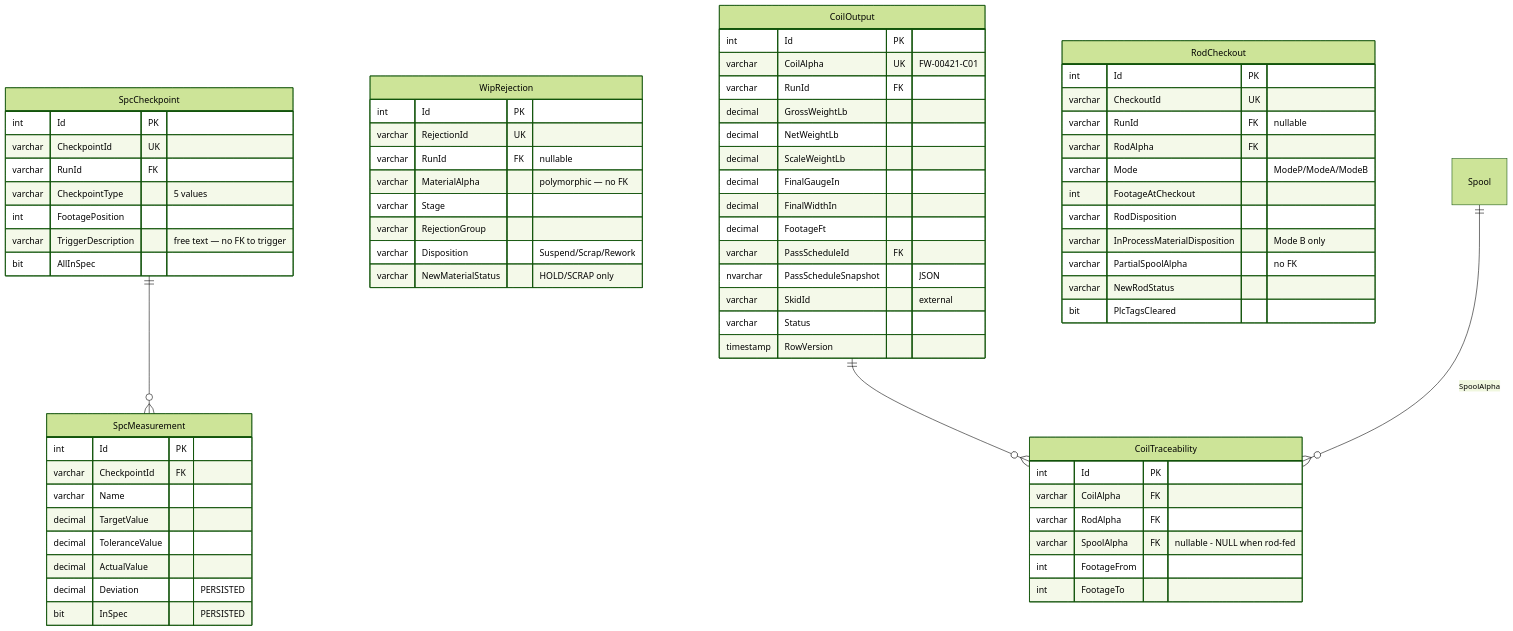
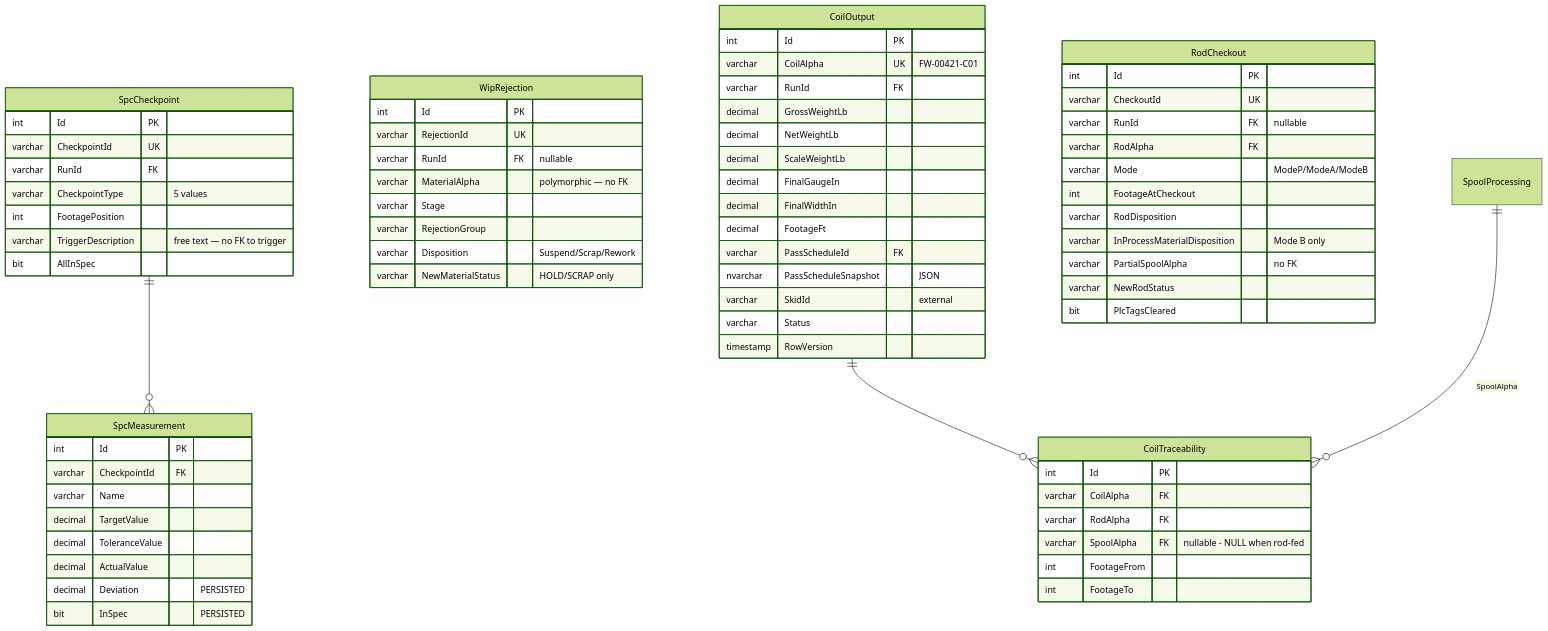
One commit to UnitedAluminum/Flatwire-planning changed the seventh of 7 diagrams in MVP-1/ProjectPlan/Database/DatabaseDesign.md. Above: the diagram before and after it, drawn with Mermaid (forest theme). The commit also changed other lines of this file and 142 other files, not shown here.

````diff
--- a/MVP-1/ProjectPlan/Database/DatabaseDesign.md
+++ b/MVP-1/ProjectPlan/Database/DatabaseDesign.md
@@ -655,61 +914,61 @@
 ```mermaid
 erDiagram
     SpcCheckpoint { int Id PK
         varchar CheckpointId UK
         varchar RunId FK
         varchar CheckpointType "5 values"
         int FootagePosition
         varchar TriggerDescription "free text — no FK to trigger"
         bit AllInSpec }
     SpcMeasurement { int Id PK
         varchar CheckpointId FK
         varchar Name
         decimal TargetValue
         decimal ToleranceValue
         decimal ActualValue
         decimal Deviation "PERSISTED"
         bit InSpec "PERSISTED" }
     WipRejection { int Id PK
         varchar RejectionId UK
         varchar RunId FK "nullable"
         varchar MaterialAlpha "polymorphic — no FK"
         varchar Stage
         varchar RejectionGroup
         varchar Disposition "Suspend/Scrap/Rework"
         varchar NewMaterialStatus "HOLD/SCRAP only" }
     CoilOutput { int Id PK
         varchar CoilAlpha UK "FW-00421-C01"
         varchar RunId FK
         decimal GrossWeightLb
         decimal NetWeightLb
         decimal ScaleWeightLb
         decimal FinalGaugeIn
         decimal FinalWidthIn
         decimal FootageFt
         varchar PassScheduleId FK
         nvarchar PassScheduleSnapshot "JSON"
         varchar SkidId "external"
         varchar Status
         timestamp RowVersion }
     CoilTraceability { int Id PK
         varchar CoilAlpha FK
         varchar RodAlpha FK
         varchar SpoolAlpha FK "nullable - NULL when rod-fed"
         int FootageFrom
         int FootageTo }
     RodCheckout { int Id PK
         varchar CheckoutId UK
         varchar RunId FK "nullable"
         varchar RodAlpha FK
         varchar Mode "ModeP/ModeA/ModeB"
         int FootageAtCheckout
         varchar RodDisposition
         varchar InProcessMaterialDisposition "Mode B only"
         varchar PartialSpoolAlpha "no FK"
         varchar NewRodStatus
         bit PlcTagsCleared }
 
     SpcCheckpoint ||--o{ SpcMeasurement : ""
     CoilOutput    ||--o{ CoilTraceability : ""
-    Spool         ||--o{ CoilTraceability : "SpoolAlpha"
+    SpoolProcessing ||--o{ CoilTraceability : "SpoolAlpha"
 ```
````
